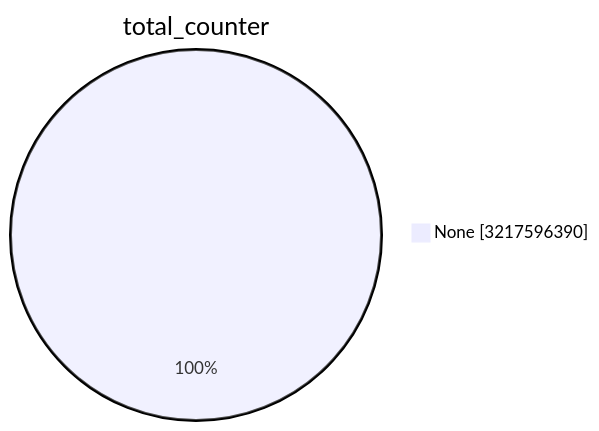
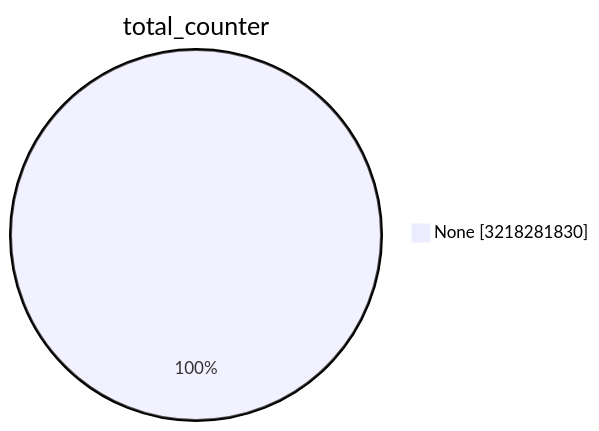
Before and after one commit to christiankrug/ctmonitor_visualization: the first of 15 diagrams in TOTAL/README.md, drawn with Mermaid. The commit also changed other lines of this file, not shown here.

````diff
--- a/TOTAL/README.md
+++ b/TOTAL/README.md
@@ -1,5 +1,5 @@
 ```mermaid
 pie showData
 title total_counter
-"None" :3217596390
+"None" :3218281830
 ```
````
